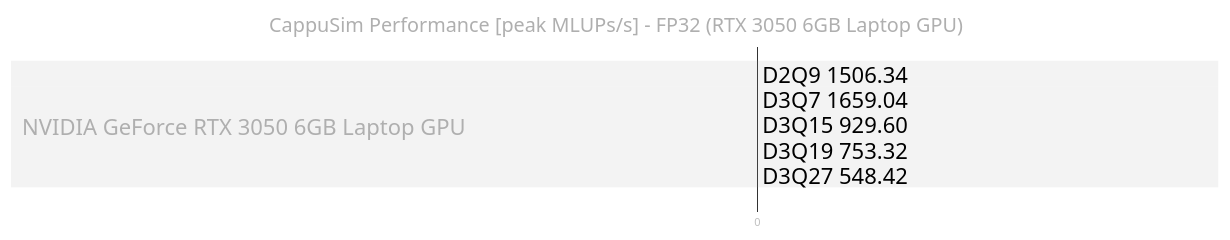
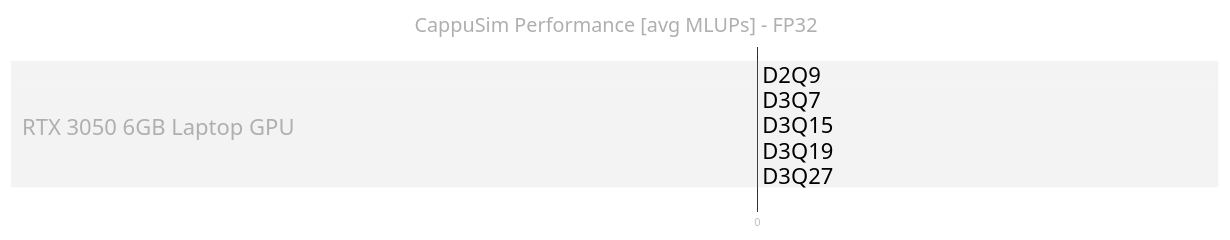
Before and after one commit to gustavoverneck/CappuSim: the diagram in README.md, drawn with Mermaid.

Commit message:
fix: Update performance results section in README for clarity and consistency

````diff
--- a/README.md
+++ b/README.md
@@ -56,36 +56,36 @@
 ```mermaid
 gantt
-    title CappuSim Performance [peak MLUPs/s] - FP32 (RTX 3050 6GB Laptop GPU)
+    title CappuSim Performance [avg MLUPs] - FP32
     dateFormat  X
     axisFormat  %s
     %%{
         init: {
             "gantt": {
                 'titleTopMargin': 42,
                 'topPadding': 70,
                 'leftPadding': 260,
                 'rightPadding': 5,
                 'sectionFontSize': 20,
                 'fontSize': 20,
                 'barHeight': 20,
                 'barGap': 3,
                 'numberSectionStyles': 2
             },
             'theme': 'forest',
             'themeVariables': {
                 'sectionBkgColor': '#99999999',
                 'altSectionBkgColor': '#00000000',
                 'titleColor': '#AFAFAF',
                 'textColor': '#AFAFAF',
                 'taskTextColor': 'black',
                 'taskBorderColor': '#487E3A'
             }
         }
     }%%
-    section NVIDIA GeForce RTX 3050 6GB Laptop GPU
-        D2Q9  1506.34 :done, 0, 1506.34
-        D3Q7  1659.04 :done, 0, 1659.04
-        D3Q15 929.60  :done, 0, 929.60
-        D3Q19 753.32  :done, 0, 753.32
-        D3Q27 548.42  :done, 0, 548.42
+    section RTX 3050 6GB Laptop GPU
+        D2Q9   :done, 0, 1506.34
+        D3Q7   :done, 0, 1659.04
+        D3Q15  :done, 0, 929.60
+        D3Q19  :done, 0, 753.32
+        D3Q27  :done, 0, 548.42
 ```
````
